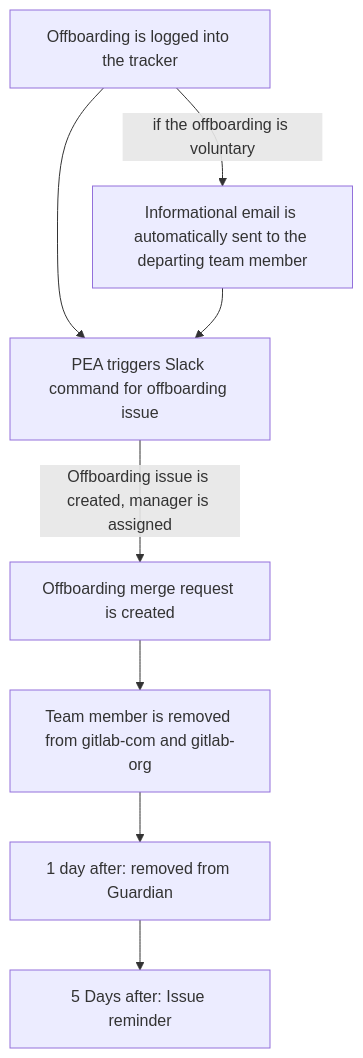
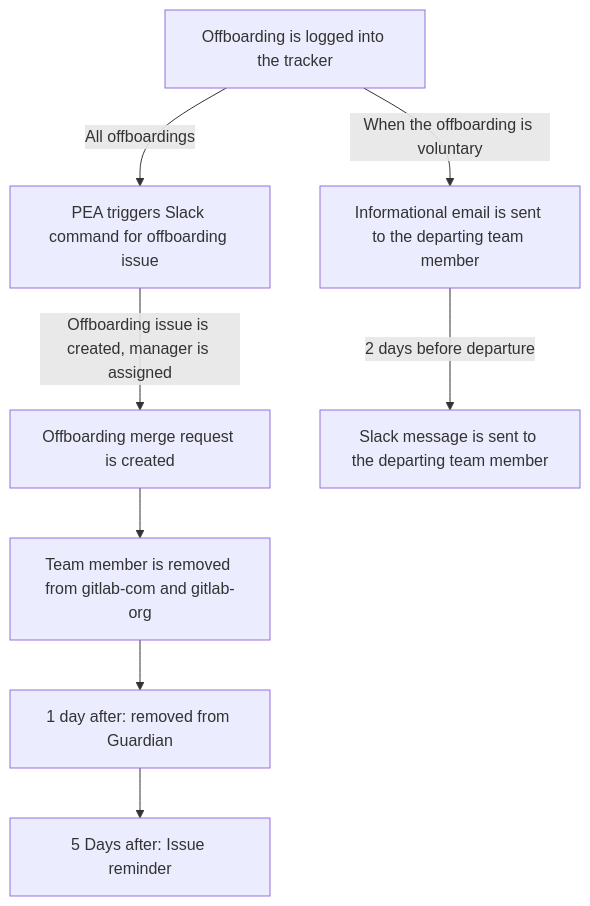
Before and after one commit to secretstartups/handbook: the diagram in people-group/engineering/offboarding/index.html.md, drawn with Mermaid. The commit also changed other lines of this file, not shown here.

Commit message:
Add voluntary offboarding slack reminder description to people group engineering offboarding automations

````diff
--- a/people-group/engineering/offboarding/index.html.md
+++ b/people-group/engineering/offboarding/index.html.md
@@ -21,11 +21,12 @@
 ```mermaid
 graph TD
-  A[Offboarding is logged into the tracker] --> B
-  A --> |if the offboarding is voluntary| G
-  B[PEA triggers Slack command for offboarding issue] -->|Offboarding issue is created, manager is assigned| C
+  A[Offboarding is logged into the tracker] --> |All offboardings| B
+  A --> |When the offboarding is voluntary| G
+  B[PEA triggers Slack command for offboarding issue] --> |Offboarding issue is created, manager is assigned| C
   C[Offboarding merge request is created] --> D
   D[Team member is removed from gitlab-com and gitlab-org] --> E
   E[1 day after: removed from Guardian] --> F
   F[5 Days after: Issue reminder]
-  G[Informational email is automatically sent to the departing team member] --> B
+  G[Informational email is sent to the departing team member] --> |2 days before departure| H
+  H[Slack message is sent to the departing team member]
 ```
````
